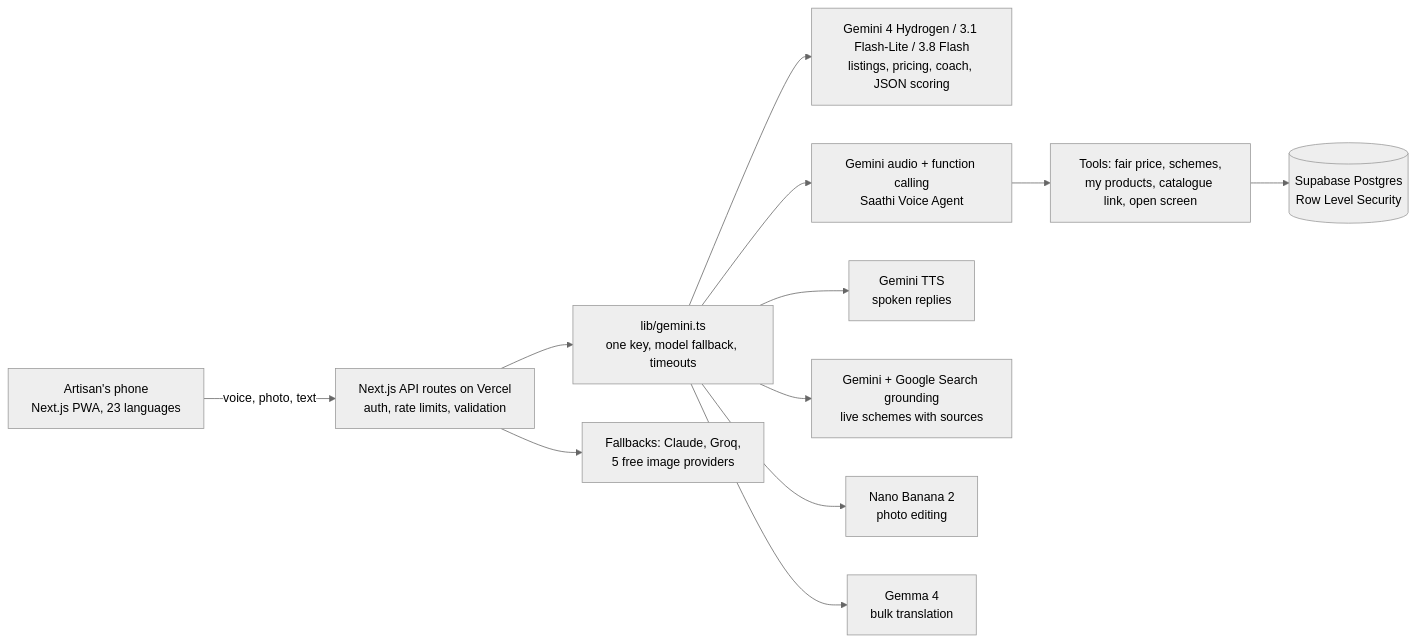
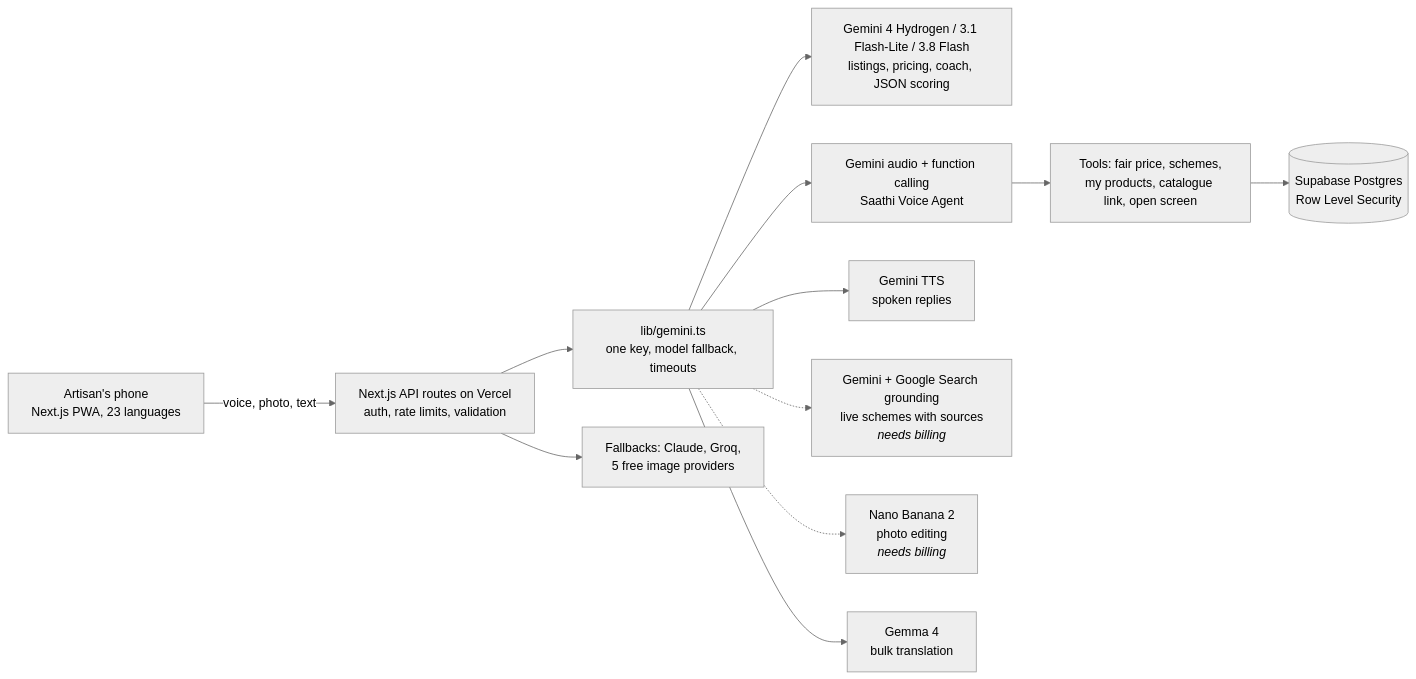
The diagram in README.md (saikrishnagopalveluri/Kalasetu), drawn with Mermaid (neutral theme) before and after one commit. The commit also changed other lines of this file, not shown here.

Commit message:
docs: mark billing-only features in the architecture diagram and judges guide

````diff
--- a/README.md
+++ b/README.md
@@ -18,14 +18,14 @@
 ```mermaid
 flowchart LR
   A[Artisan's phone<br/>Next.js PWA, 23 languages] -->|voice, photo, text| API[Next.js API routes on Vercel<br/>auth, rate limits, validation]
   API --> G[lib/gemini.ts<br/>one key, model fallback, timeouts]
   G --> GT[Gemini 4 Hydrogen / 3.1 Flash-Lite / 3.8 Flash<br/>listings, pricing, coach, JSON scoring]
   G --> GA[Gemini audio + function calling<br/>Saathi Voice Agent]
   G --> GS[Gemini TTS<br/>spoken replies]
-  G --> GG[Gemini + Google Search grounding<br/>live schemes with sources]
-  G --> NB[Nano Banana 2<br/>photo editing]
+  G -.-> GG[Gemini + Google Search grounding<br/>live schemes with sources<br/><i>needs billing</i>]
+  G -.-> NB[Nano Banana 2<br/>photo editing<br/><i>needs billing</i>]
   G --> GM[Gemma 4<br/>bulk translation]
   GA --> T[Tools: fair price, schemes,<br/>my products, catalogue link, open screen]
   T --> DB[(Supabase Postgres<br/>Row Level Security)]
   API --> FB[Fallbacks: Claude, Groq,<br/>5 free image providers]
 ```
````
